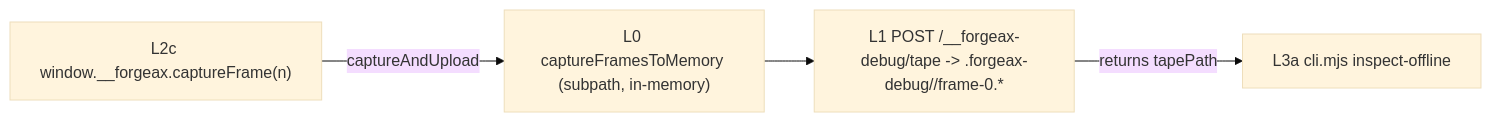
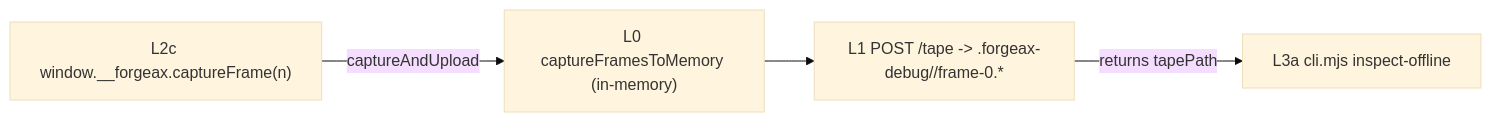
The second of 2 diagrams in packages/engine/skills/forgeax-engine-rhi-debug/SKILL.md (ForgeaX-Games/forgeax-editor), drawn with Mermaid (base theme) before and after one commit. The commit also changed other lines of this file and 176 other files, not shown here.

````diff
--- a/packages/engine/skills/forgeax-engine-rhi-debug/SKILL.md
+++ b/packages/engine/skills/forgeax-engine-rhi-debug/SKILL.md
@@ -85,6 +81,6 @@
 ```mermaid
 flowchart LR
-  L0["L0 captureFramesToMemory (subpath, in-memory)"] --> L1["L1 POST /__forgeax-debug/tape -> .forgeax-debug/<runId>/frame-0.*"]
+  L0["L0 captureFramesToMemory (in-memory)"] --> L1["L1 POST /tape -> .forgeax-debug/<runId>/frame-0.*"]
   L2c["L2c window.__forgeax.captureFrame(n)"] -->|captureAndUpload| L0
   L1 -->|returns tapePath| L3a["L3a cli.mjs inspect-offline <tapePath> <drawIdx>"]
 ```
````
